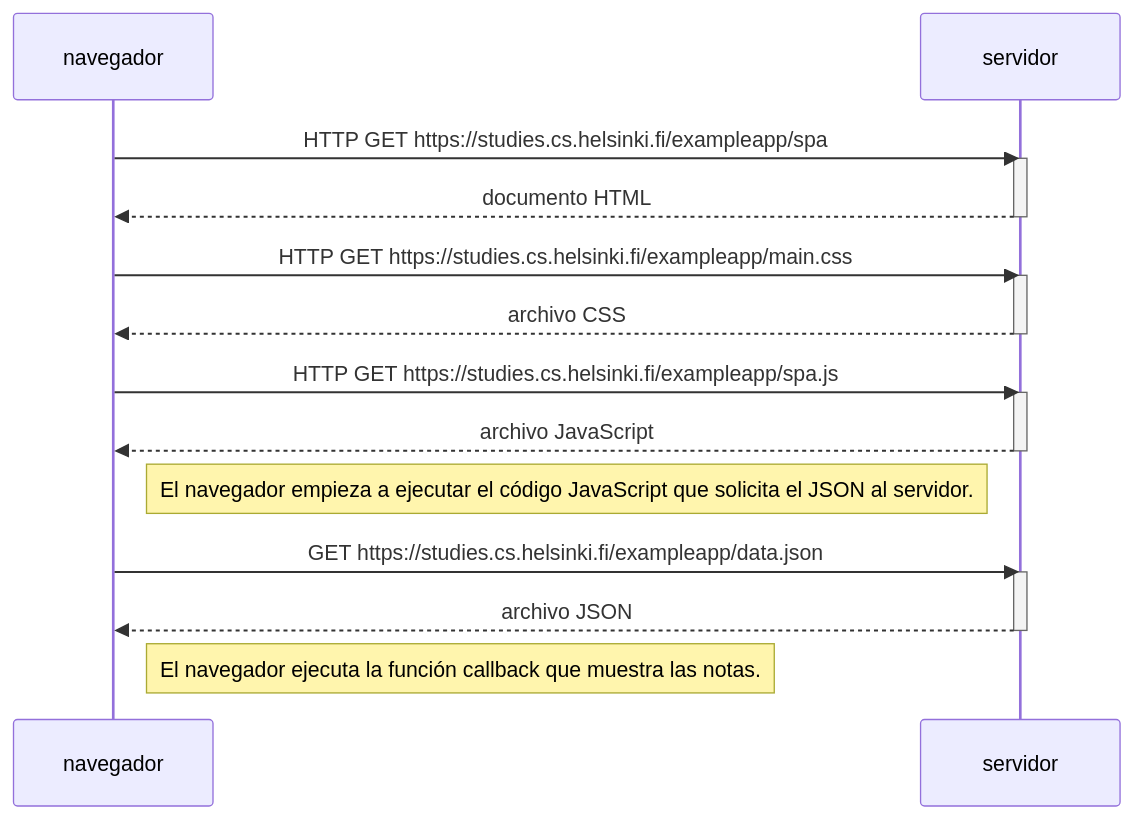
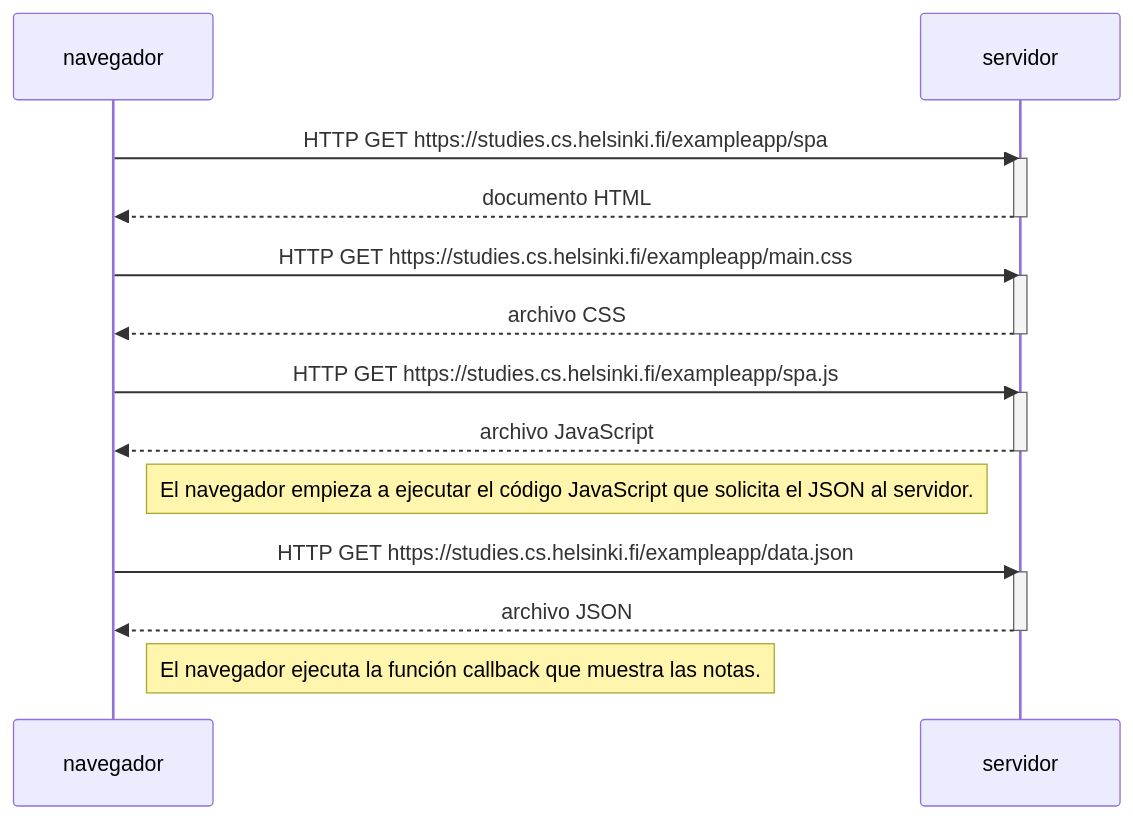
The diagram in part0/05-diagrama-de-aplicacion-de-una-sola-pagina.md (Ivoprescher/full-stack-open), drawn with Mermaid before and after one commit. The commit also changed 1 other file, not shown here.

Commit message:
Correccion a los ejercicios 0.4 y 0.5

````diff
--- a/part0/05-diagrama-de-aplicacion-de-una-sola-pagina.md
+++ b/part0/05-diagrama-de-aplicacion-de-una-sola-pagina.md
@@ -1,28 +1,28 @@
 ```mermaid
     sequenceDiagram
     participant navegador
     participant servidor
 
     navegador->>servidor: HTTP GET https://studies.cs.helsinki.fi/exampleapp/spa
     activate servidor
     servidor-->>navegador: documento HTML
     deactivate servidor
 
     navegador->>servidor: HTTP GET https://studies.cs.helsinki.fi/exampleapp/main.css
     activate servidor
     servidor-->>navegador: archivo CSS
     deactivate servidor
 
     navegador->>servidor: HTTP GET https://studies.cs.helsinki.fi/exampleapp/spa.js
     activate servidor
     servidor-->>navegador: archivo JavaScript
     deactivate servidor
     Note right of navegador: El navegador empieza a ejecutar el código JavaScript que solicita el JSON al servidor.
 
-    navegador->>servidor: GET https://studies.cs.helsinki.fi/exampleapp/data.json
+    navegador->>servidor: HTTP GET https://studies.cs.helsinki.fi/exampleapp/data.json
     activate servidor
     servidor-->>navegador: archivo JSON
     deactivate servidor
 
     Note right of navegador: El navegador ejecuta la función callback que muestra las notas.
 ```
````
